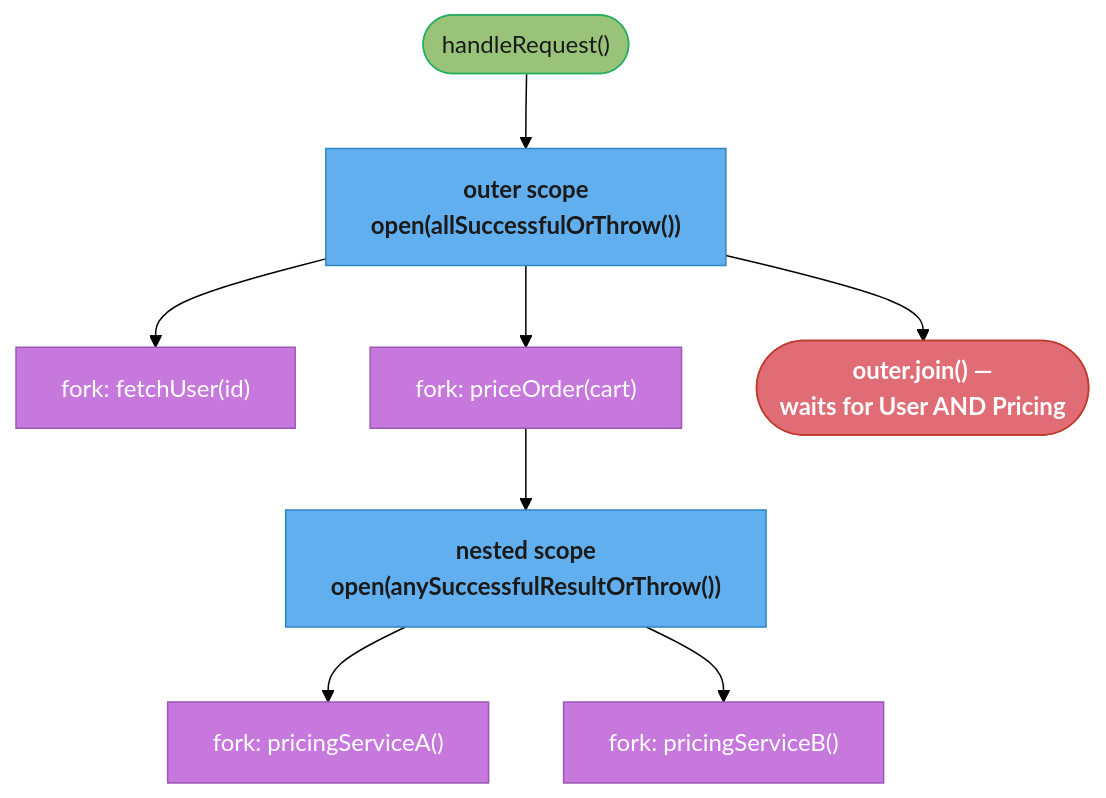
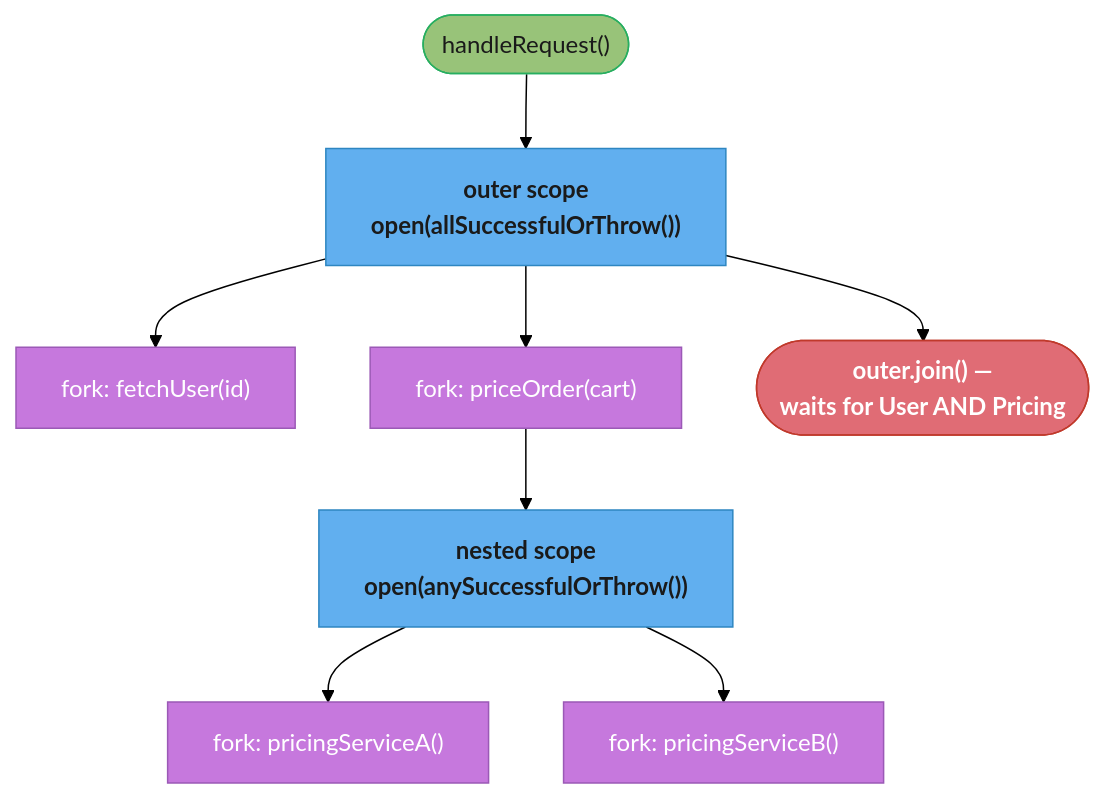
The second of 2 diagrams in src/main/java/com/rutik/systemdesign/lld/concurrency_patterns/modern_java_concurrency.md (rppol/system-design), drawn with Mermaid (forest theme) before and after one commit. The commit also changed other lines of this file and 655 other files, not shown here.

````diff
--- a/src/main/java/com/rutik/systemdesign/lld/concurrency_patterns/modern_java_concurrency.md
+++ b/src/main/java/com/rutik/systemdesign/lld/concurrency_patterns/modern_java_concurrency.md
@@ -89,20 +89,20 @@
 ```mermaid
 flowchart TD
     classDef io      fill:#61afef,stroke:#2e86c1,color:#1a1a1a,font-weight:bold
     classDef frozen  fill:#c678dd,stroke:#9b59b6,color:#fff
     classDef train   fill:#98c379,stroke:#27ae60,color:#1a1a1a
     classDef lossN   fill:#e06c75,stroke:#c0392b,color:#fff,font-weight:bold
 
     Req(["handleRequest()"]) --> Outer["outer scope<br/>open(allSuccessfulOrThrow())"]
     Outer --> User["fork: fetchUser(id)"]
     Outer --> Pricing["fork: priceOrder(cart)"]
-    Pricing --> Inner["nested scope<br/>open(anySuccessfulResultOrThrow())"]
+    Pricing --> Inner["nested scope<br/>open(anySuccessfulOrThrow())"]
     Inner --> Cdn1["fork: pricingServiceA()"]
     Inner --> Cdn2["fork: pricingServiceB()"]
     Outer --> Join(["outer.join() —<br/>waits for User AND Pricing"])
 
     class Req train
     class Outer,Inner io
     class User,Pricing,Cdn1,Cdn2 frozen
     class Join lossN
 ```
````
